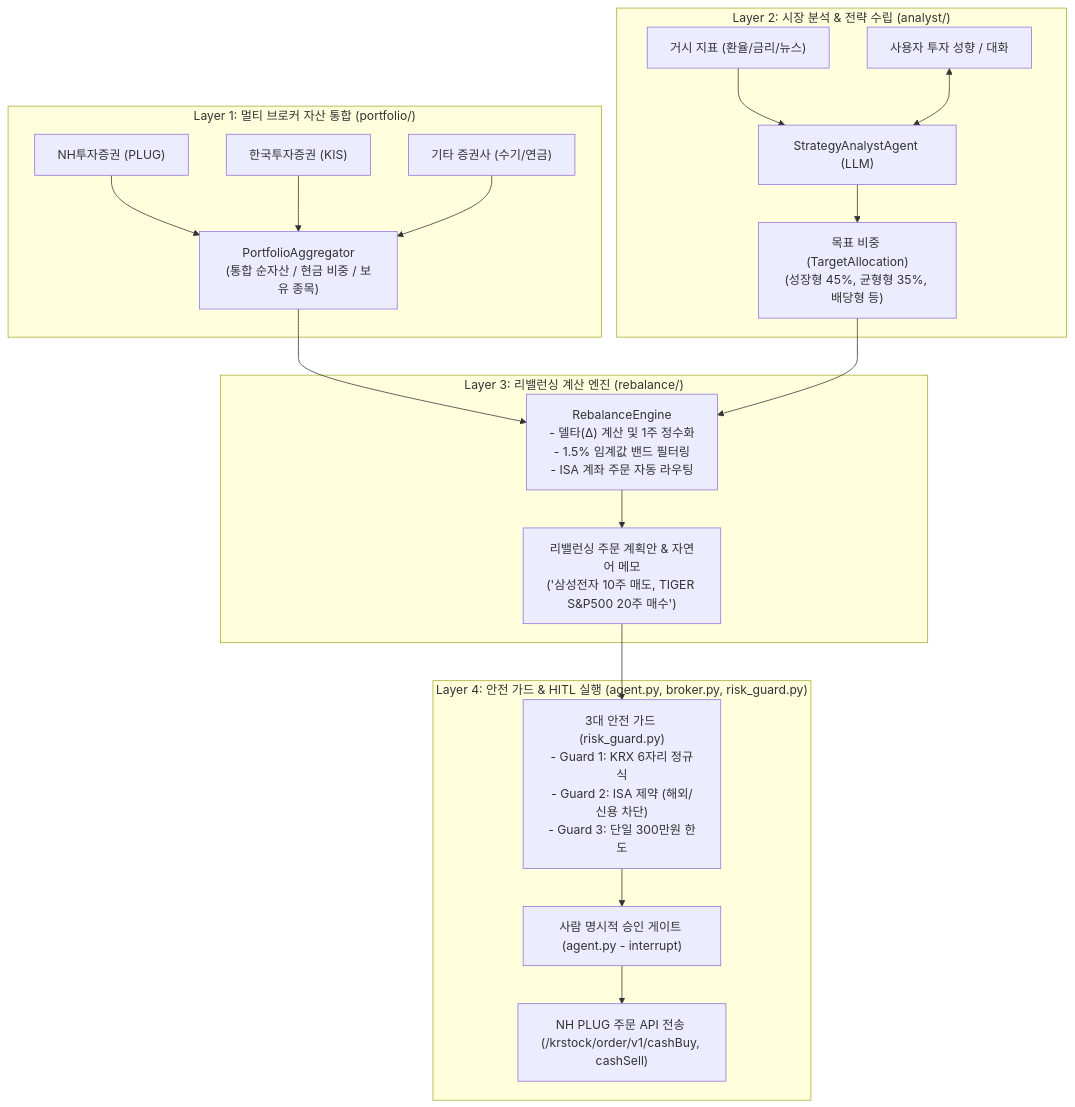
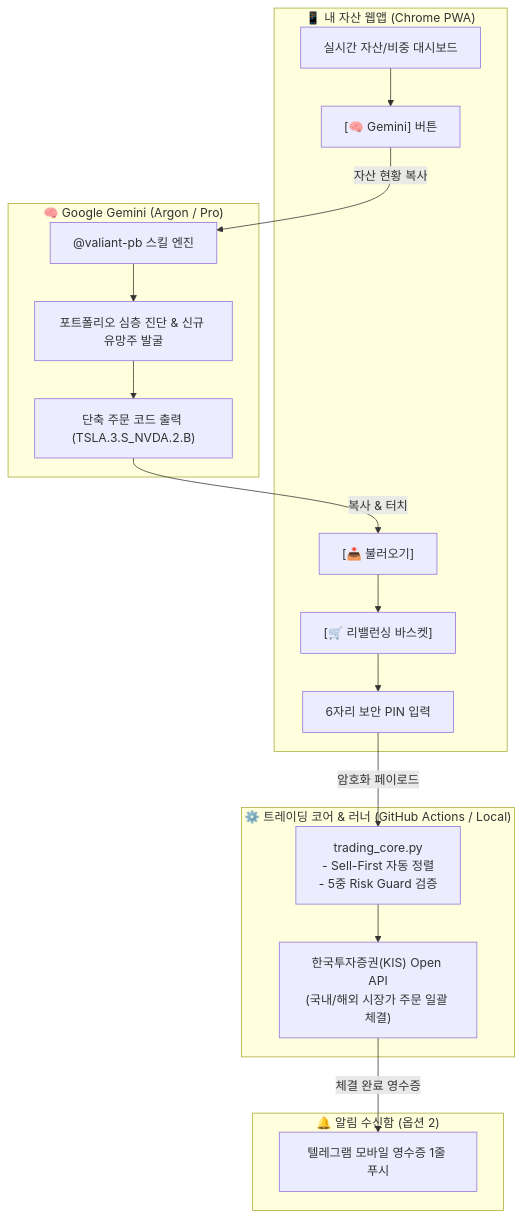
The diagram in README.md (wooyeonlee0/my-assets), drawn with Mermaid before and after one commit. The commit also changed other lines of this file and 2 other files, not shown here.

Commit message:
docs: finalize SETUP_GUIDE, TELEGRAM_TRADING_GUIDE, and README for Web-Direct Closed-Loop architecture

````diff
--- a/README.md
+++ b/README.md
@@ -11,26 +11,35 @@
 ```mermaid
 flowchart TD
-    subgraph L1["Layer 1: 멀티 브로커 자산 통합 (portfolio/)"]
-        NH["NH투자증권 (PLUG)"] --> Agg["PortfolioAggregator\n(통합 순자산 / 현금 비중 / 보유 종목)"]
-        KIS["한국투자증권 (KIS)"] --> Agg
-        Manual["기타 증권사 (수기/연금)"] --> Agg
+    subgraph Web["📱 내 자산 웹앱 (Chrome PWA)"]
+        Portfolio["실시간 자산/비중 대시보드"]
+        GeminiBtn["[🧠 Gemini] 버튼"]
+        ImportBtn["[📥 불러오기]"]
+        BasketModal["[🛒 리밸런싱 바스켓]"]
+        PIN["6자리 보안 PIN 입력"]
     end
 
-    subgraph L2["Layer 2: 시장 분석 & 전략 수립 (analyst/)"]
-        MarketData["거시 지표 (환율/금리/뉴스)"] --> Analyst["StrategyAnalystAgent (LLM)"]
-        UserInterview["사용자 투자 성향 / 대화"] <--> Analyst
-        Analyst --> TargetAlloc["목표 비중 (TargetAllocation)\n(성장형 45%, 균형형 35%, 배당형 등)"]
+    subgraph AI["🧠 Google Gemini (Argon / Pro)"]
+        Skill["@valiant-pb 스킬 엔진"]
+        Analysis["포트폴리오 심층 진단 & 신규 유망주 발굴"]
+        CodeBlock["단축 주문 코드 출력 (TSLA.3.S_NVDA.2.B)"]
     end
 
-    subgraph L3["Layer 3: 리밸런싱 계산 엔진 (rebalance/)"]
-        Agg --> Rebalancer["RebalanceEngine\n- 델타(Δ) 계산 및 1주 정수화\n- 1.5% 임계값 밴드 필터링\n- ISA 계좌 주문 자동 라우팅"]
-        TargetAlloc --> Rebalancer
-        Rebalancer --> RebalancePlan["리밸런싱 주문 계획안 & 자연어 메모\n('삼성전자 10주 매도, TIGER S&P500 20주 매수')"]
+    subgraph Backend["⚙️ 트레이딩 코어 & 러너 (GitHub Actions / Local)"]
+        Core["trading_core.py\n- Sell-First 자동 정렬\n- 5중 Risk Guard 검증"]
+        KIS["한국투자증권(KIS) Open API\n(국내/해외 시장가 주문 일괄 체결)"]
     end
 
-    subgraph L4["Layer 4: 안전 가드 & HITL 실행 (agent.py, broker.py, risk_guard.py)"]
-        RebalancePlan --> Guard["3대 안전 가드 (risk_guard.py)\n- Guard 1: KRX 6자리 정규식\n- Guard 2: ISA 제약 (해외/신용 차단)\n- Guard 3: 단일 300만원 한도"]
-        Guard --> HITL["사람 명시적 승인 게이트 (agent.py - interrupt)"]
-        HITL --> Exec["NH PLUG 주문 API 전송 (/krstock/order/v1/cashBuy, cashSell)"]
+    subgraph Push["🔔 알림 수신함 (옵션 2)"]
+        Telegram["텔레그램 모바일 영수증 1줄 푸시"]
     end
+
+    Portfolio --> GeminiBtn
+    GeminiBtn -->|자산 현황 복사| Skill
+    Skill --> Analysis --> CodeBlock
+    CodeBlock -->|복사 & 터치| ImportBtn
+    ImportBtn --> BasketModal
+    BasketModal --> PIN
+    PIN -->|암호화 페이로드| Core
+    Core --> KIS
+    KIS -->|체결 완료 영수증| Telegram
 ```
````
